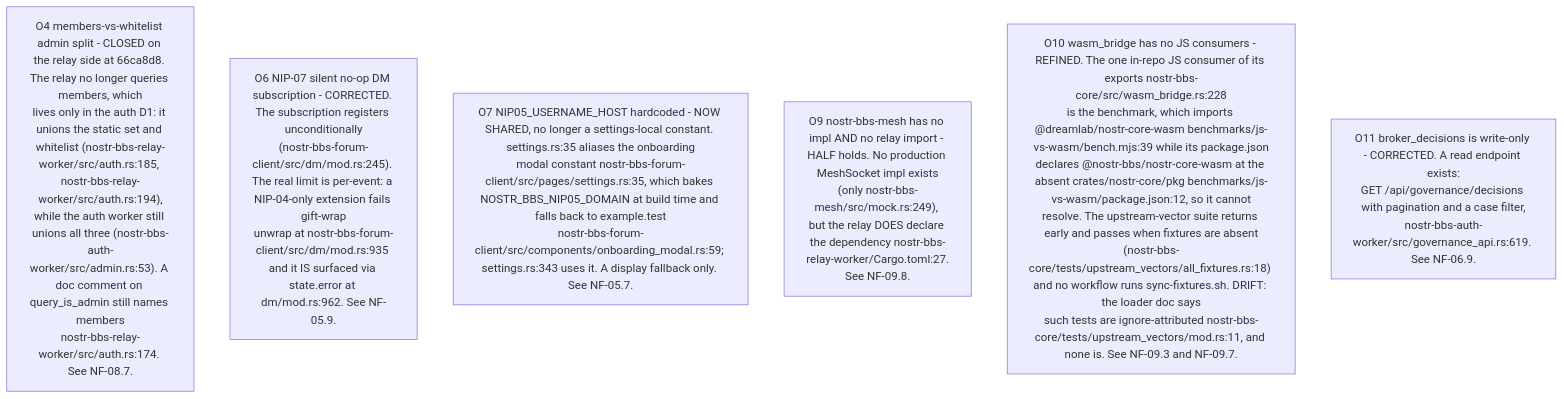
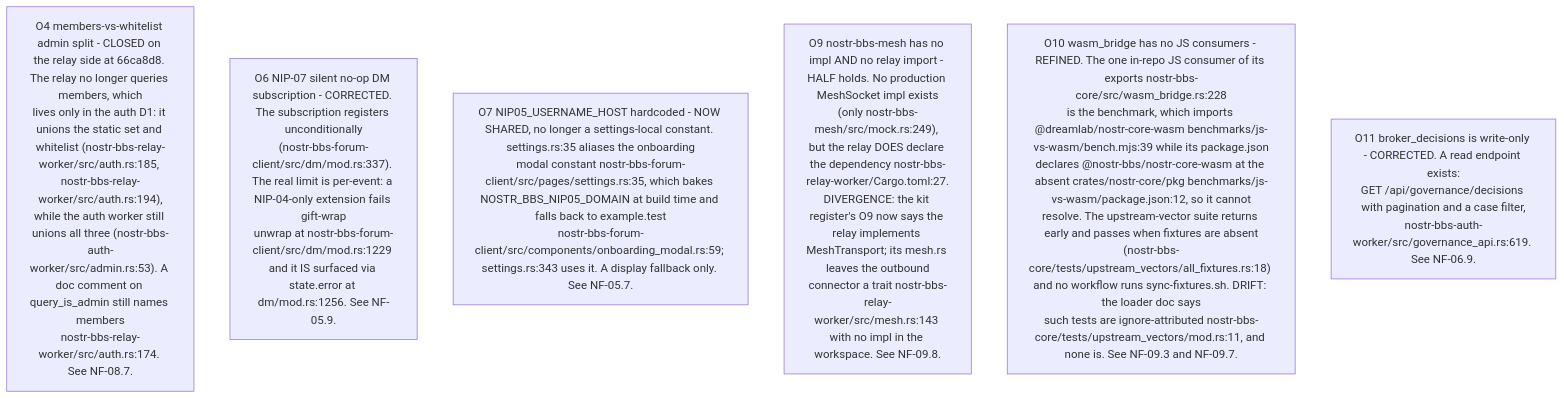
The fourth of 13 diagrams in docs/diagrams/nostr-rust-forum/10-invariants-and-anomaly-register.md (DreamLab-AI/VisionFlow), drawn with Mermaid before and after one commit. The commit also changed other lines of this file, not shown here.

First line of the commit message:
docs(diagrams): NF-10 register re-verified at nostr-rust-forum af4f0d5

````diff
--- a/docs/diagrams/nostr-rust-forum/10-invariants-and-anomaly-register.md
+++ b/docs/diagrams/nostr-rust-forum/10-invariants-and-anomaly-register.md
@@ -128,9 +150,9 @@
 ```mermaid
 flowchart TB
     O4["O4 members-vs-whitelist admin split - CLOSED on the relay side at 66ca8d8. The relay no longer queries members, which<br/>lives only in the auth D1: it unions the static set and whitelist (nostr-bbs-relay-worker/src/auth.rs:185, nostr-bbs-relay-worker/src/auth.rs:194),<br/>while the auth worker still unions all three (nostr-bbs-auth-worker/src/admin.rs:53). A doc comment on query_is_admin still names members<br/>nostr-bbs-relay-worker/src/auth.rs:174. See NF-08.7."]
-    O6["O6 NIP-07 silent no-op DM subscription - CORRECTED. The subscription registers unconditionally<br/>(nostr-bbs-forum-client/src/dm/mod.rs:245). The real limit is per-event: a NIP-04-only extension fails gift-wrap<br/>unwrap at nostr-bbs-forum-client/src/dm/mod.rs:935 and it IS surfaced via state.error at dm/mod.rs:962. See NF-05.9."]
+    O6["O6 NIP-07 silent no-op DM subscription - CORRECTED. The subscription registers unconditionally<br/>(nostr-bbs-forum-client/src/dm/mod.rs:337). The real limit is per-event: a NIP-04-only extension fails gift-wrap<br/>unwrap at nostr-bbs-forum-client/src/dm/mod.rs:1229 and it IS surfaced via state.error at dm/mod.rs:1256. See NF-05.9."]
     O7["O7 NIP05_USERNAME_HOST hardcoded - NOW SHARED, no longer a settings-local constant. settings.rs:35 aliases the onboarding<br/>modal constant nostr-bbs-forum-client/src/pages/settings.rs:35, which bakes NOSTR_BBS_NIP05_DOMAIN at build time and falls back to example.test<br/>nostr-bbs-forum-client/src/components/onboarding_modal.rs:59; settings.rs:343 uses it. A display fallback only. See NF-05.7."]
-    O9["O9 nostr-bbs-mesh has no impl AND no relay import - HALF holds. No production MeshSocket impl exists<br/>(only nostr-bbs-mesh/src/mock.rs:249), but the relay DOES declare the dependency nostr-bbs-relay-worker/Cargo.toml:27.<br/>See NF-09.8."]
+    O9["O9 nostr-bbs-mesh has no impl AND no relay import - HALF holds. No production MeshSocket impl exists<br/>(only nostr-bbs-mesh/src/mock.rs:249), but the relay DOES declare the dependency nostr-bbs-relay-worker/Cargo.toml:27.<br/>DIVERGENCE: the kit register's O9 now says the relay implements MeshTransport; its mesh.rs leaves the outbound<br/>connector a trait nostr-bbs-relay-worker/src/mesh.rs:143 with no impl in the workspace. See NF-09.8."]
     O10["O10 wasm_bridge has no JS consumers - REFINED. The one in-repo JS consumer of its exports nostr-bbs-core/src/wasm_bridge.rs:228<br/>is the benchmark, which imports @dreamlab/nostr-core-wasm benchmarks/js-vs-wasm/bench.mjs:39 while its package.json<br/>declares @nostr-bbs/nostr-core-wasm at the absent crates/nostr-core/pkg benchmarks/js-vs-wasm/package.json:12, so it cannot<br/>resolve. The upstream-vector suite returns early and passes when fixtures are absent<br/>(nostr-bbs-core/tests/upstream_vectors/all_fixtures.rs:18) and no workflow runs sync-fixtures.sh. DRIFT: the loader doc says<br/>such tests are ignore-attributed nostr-bbs-core/tests/upstream_vectors/mod.rs:11, and none is. See NF-09.3 and NF-09.7."]
     O11c["O11 broker_decisions is write-only - CORRECTED. A read endpoint exists:<br/>GET /api/governance/decisions with pagination and a case filter,<br/>nostr-bbs-auth-worker/src/governance_api.rs:619. See NF-06.9."]
 ```
````
